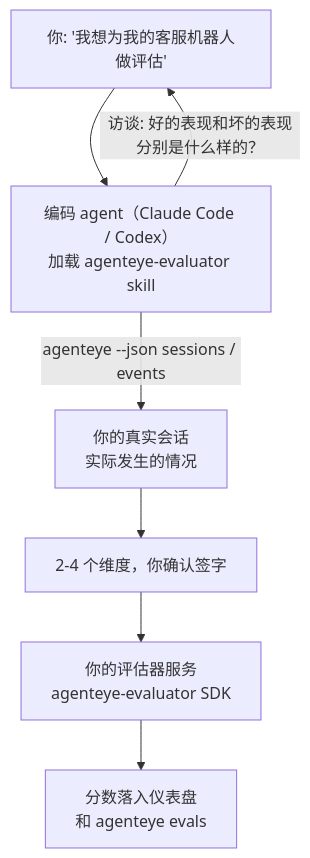
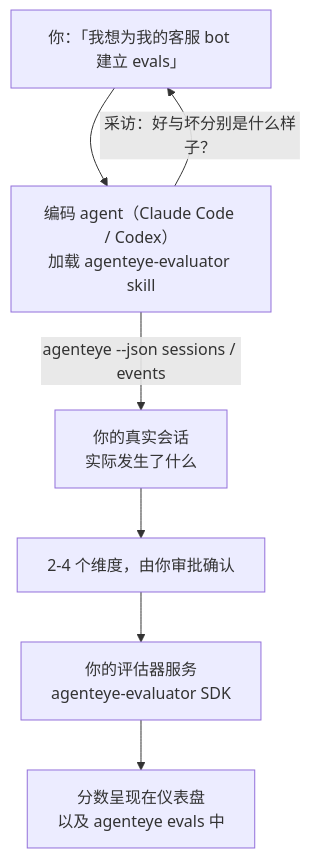
The diagram in docs/zh/agenteye/evaluator-skill.mdx (FailproofAI/failproofai), drawn with Mermaid before and after one commit. The commit also changed other lines of this file and 651 other files, not shown here.

````diff
--- a/docs/zh/agenteye/evaluator-skill.mdx
+++ b/docs/zh/agenteye/evaluator-skill.mdx
@@ -21,9 +21,9 @@
 ```mermaid
 flowchart TD
-    YOU["你: '我想为我的客服机器人做评估'"] --> AGENT["编码 agent（Claude Code / Codex）<br/>加载 agenteye-evaluator skill"]
-    AGENT -->|"访谈: 好的表现和坏的表现分别是什么样的？"| YOU
-    AGENT -->|"agenteye --json sessions / events"| DATA["你的真实会话<br/>实际发生的情况"]
-    DATA --> DIMS["2-4 个维度，你确认签字"]
+    YOU["你：「我想为我的客服 bot 建立 evals」"] --> AGENT["编码 agent（Claude Code / Codex）<br/>加载 agenteye-evaluator skill"]
+    AGENT -->|"采访：好与坏分别是什么样子？"| YOU
+    AGENT -->|"agenteye --json sessions / events"| DATA["你的真实会话<br/>实际发生了什么"]
+    DATA --> DIMS["2-4 个维度，由你审批确认"]
     DIMS --> SVC["你的评估器服务<br/>agenteye-evaluator SDK"]
-    SVC --> SCORES["分数落入仪表盘<br/>和 agenteye evals"]
+    SVC --> SCORES["分数呈现在仪表盘<br/>以及 agenteye evals 中"]
 ```
````
